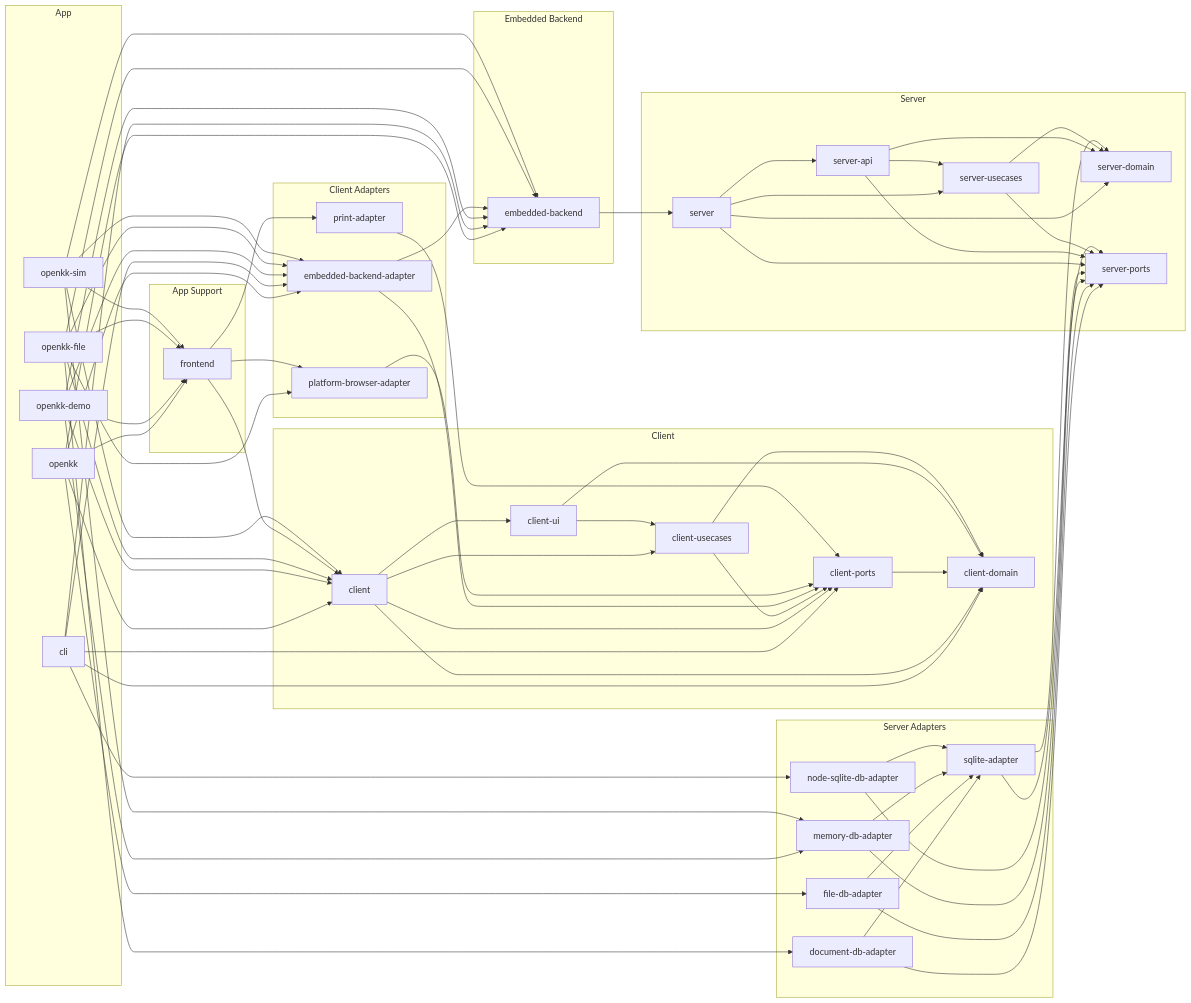
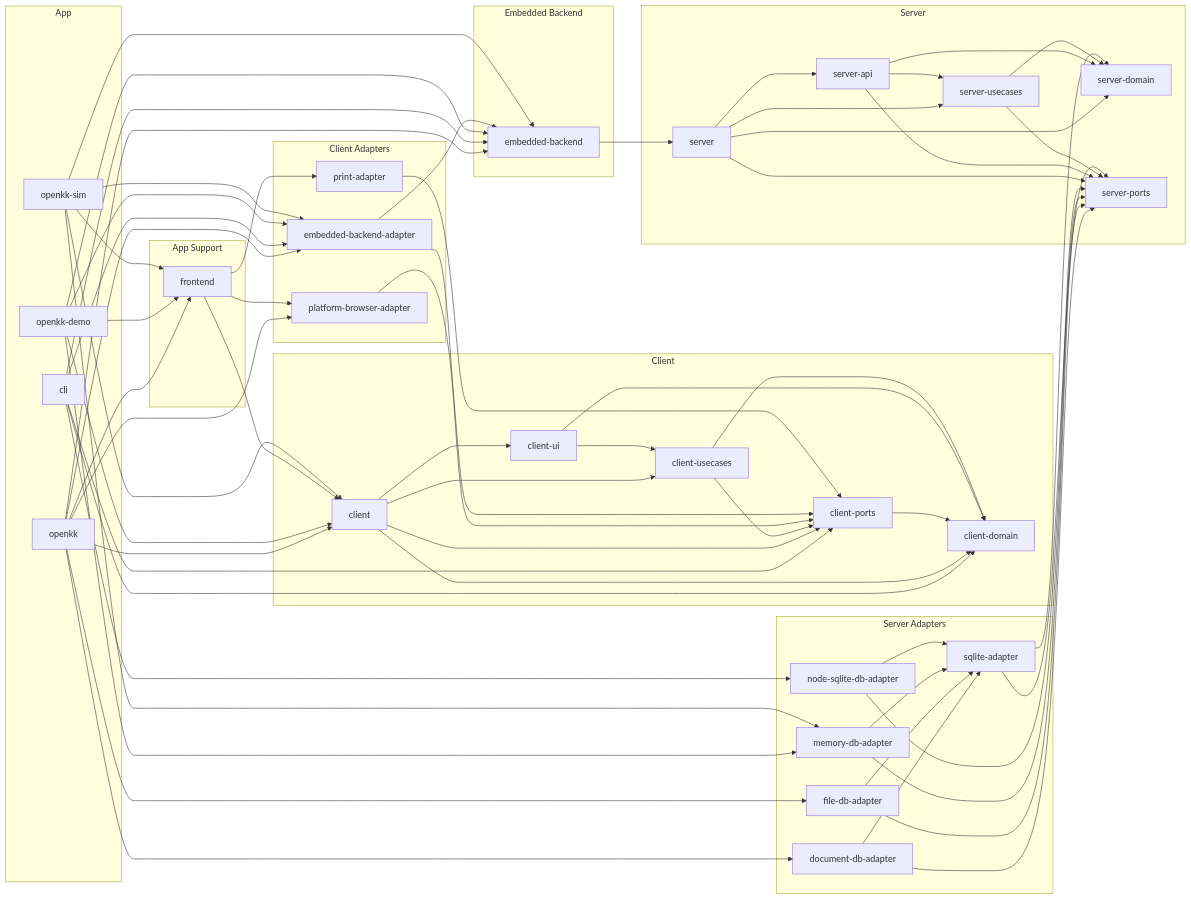
Before and after one commit to rubydogjp/openkk: the diagram in docs/dependency-graph.md, drawn with Mermaid. The commit also changed other lines of this file and 122 other files, not shown here.

```diff
--- a/docs/dependency-graph.md
+++ b/docs/dependency-graph.md
@@ -14,7 +14,6 @@
     rubydogjp_openkk["openkk"]
     rubydogjp_openkk_cli["cli"]
     rubydogjp_openkk_demo["openkk-demo"]
-    rubydogjp_openkk_file["openkk-file"]
     rubydogjp_openkk_sim["openkk-sim"]
   end
 
@@ -57,10 +56,12 @@
   end
 
   rubydogjp_openkk --> rubydogjp_openkk_client
+  rubydogjp_openkk --> rubydogjp_openkk_document_db_adapter
   rubydogjp_openkk --> rubydogjp_openkk_embedded_backend
   rubydogjp_openkk --> rubydogjp_openkk_embedded_backend_adapter
   rubydogjp_openkk --> rubydogjp_openkk_file_db_adapter
   rubydogjp_openkk --> rubydogjp_openkk_frontend
+  rubydogjp_openkk --> rubydogjp_openkk_platform_browser_adapter
   rubydogjp_openkk_cli --> rubydogjp_openkk_client_domain
   rubydogjp_openkk_cli --> rubydogjp_openkk_client_ports
   rubydogjp_openkk_cli --> rubydogjp_openkk_embedded_backend
@@ -85,12 +86,6 @@
   rubydogjp_openkk_embedded_backend --> rubydogjp_openkk_server
   rubydogjp_openkk_embedded_backend_adapter --> rubydogjp_openkk_client_ports
   rubydogjp_openkk_embedded_backend_adapter --> rubydogjp_openkk_embedded_backend
-  rubydogjp_openkk_file --> rubydogjp_openkk_client
-  rubydogjp_openkk_file --> rubydogjp_openkk_document_db_adapter
-  rubydogjp_openkk_file --> rubydogjp_openkk_embedded_backend
-  rubydogjp_openkk_file --> rubydogjp_openkk_embedded_backend_adapter
-  rubydogjp_openkk_file --> rubydogjp_openkk_frontend
-  rubydogjp_openkk_file --> rubydogjp_openkk_platform_browser_adapter
   rubydogjp_openkk_file_db_adapter --> rubydogjp_openkk_server_ports
   rubydogjp_openkk_file_db_adapter --> rubydogjp_openkk_sqlite_adapter
   rubydogjp_openkk_frontend --> rubydogjp_openkk_client
```
